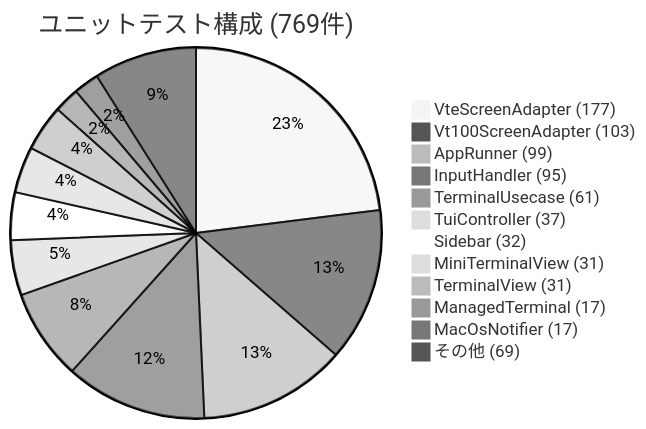
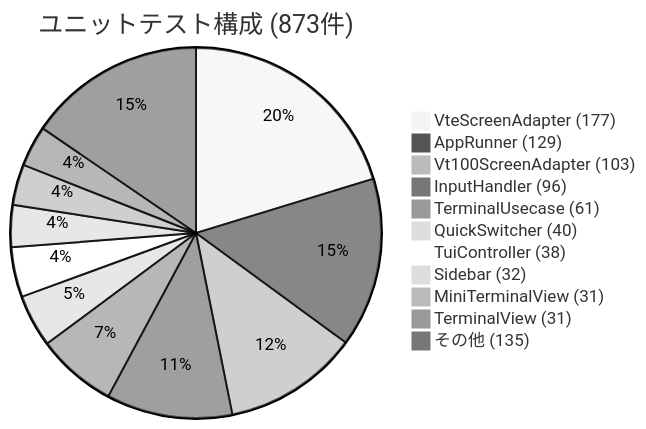
Before and after one commit to Kobayashi-takumi/cli-manager: the sixth of 6 diagrams in README.md, drawn with Mermaid (neutral theme). The commit also changed other lines of this file and 8 other files, not shown here.

First line of the commit message:
Add quick switcher with fuzzy search (Phase 15)

````diff
--- a/README.md
+++ b/README.md
@@ -484,15 +504,14 @@
 ```mermaid
-pie title ユニットテスト構成 (769件)
+pie title ユニットテスト構成 (873件)
     "VteScreenAdapter (177)" : 177
+    "AppRunner (129)" : 129
     "Vt100ScreenAdapter (103)" : 103
-    "AppRunner (99)" : 99
-    "InputHandler (95)" : 95
+    "InputHandler (96)" : 96
     "TerminalUsecase (61)" : 61
-    "TuiController (37)" : 37
+    "QuickSwitcher (40)" : 40
+    "TuiController (38)" : 38
     "Sidebar (32)" : 32
     "MiniTerminalView (31)" : 31
     "TerminalView (31)" : 31
-    "ManagedTerminal (17)" : 17
-    "MacOsNotifier (17)" : 17
-    "その他 (69)" : 69
+    "その他 (135)" : 135
 ```
````
